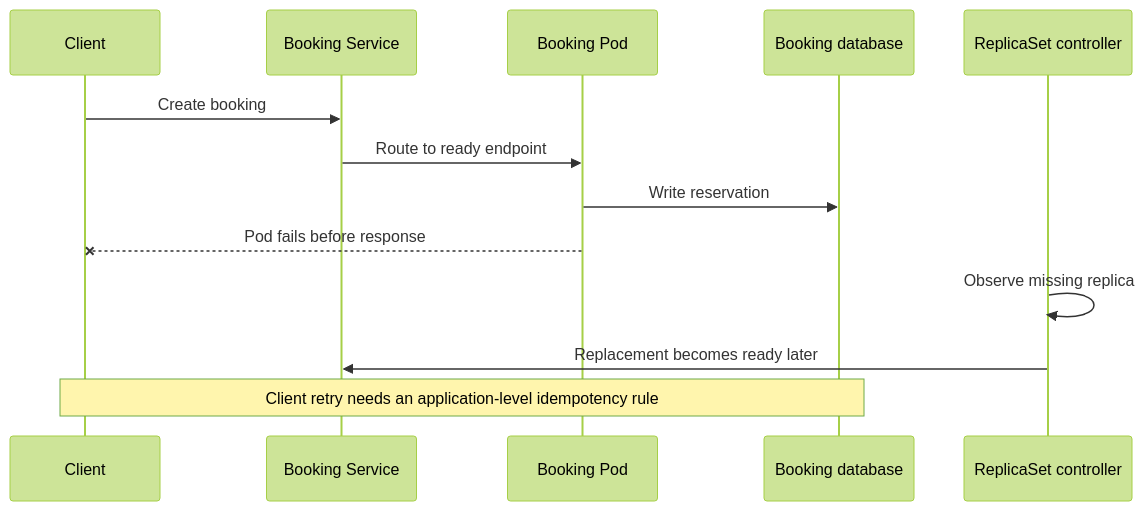
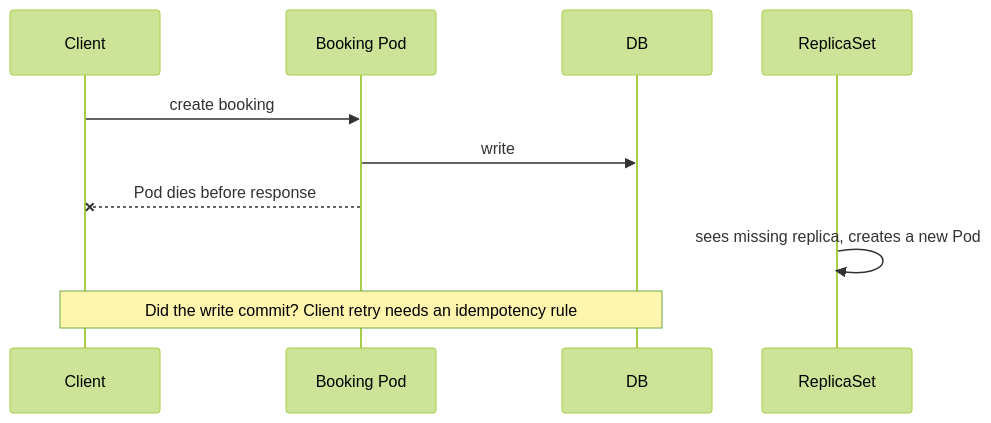
Before and after one commit to darshan-raul/apollo11-docs: the second of 2 diagrams in docs/learn/capstone/a-booking-through-kubernetes.md, drawn with Mermaid (forest theme). The commit also changed other lines of this file and 55 other files, not shown here.

````diff
--- a/docs/learn/capstone/a-booking-through-kubernetes.md
+++ b/docs/learn/capstone/a-booking-through-kubernetes.md
@@ -100,15 +37,12 @@
 ```mermaid
 sequenceDiagram
   participant C as Client
-  participant S as Booking Service
   participant P as Booking Pod
-  participant D as Booking database
-  participant R as ReplicaSet controller
-  C->>S: Create booking
-  S->>P: Route to ready endpoint
-  P->>D: Write reservation
-  P--xC: Pod fails before response
-  R->>R: Observe missing replica
-  R->>S: Replacement becomes ready later
-  Note over C,D: Client retry needs an application-level idempotency rule
+  participant D as DB
+  participant R as ReplicaSet
+  C->>P: create booking
+  P->>D: write
+  P--xC: Pod dies before response
+  R->>R: sees missing replica, creates a new Pod
+  Note over C,D: Did the write commit? Client retry needs an idempotency rule
 ```
````
